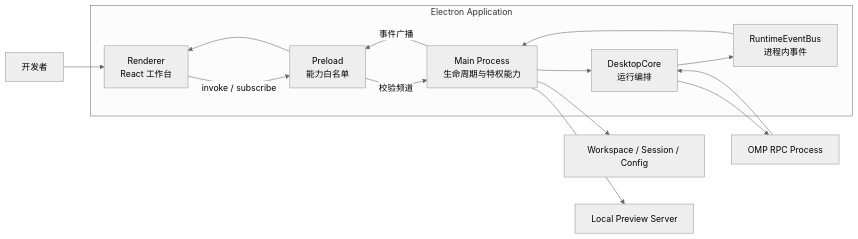
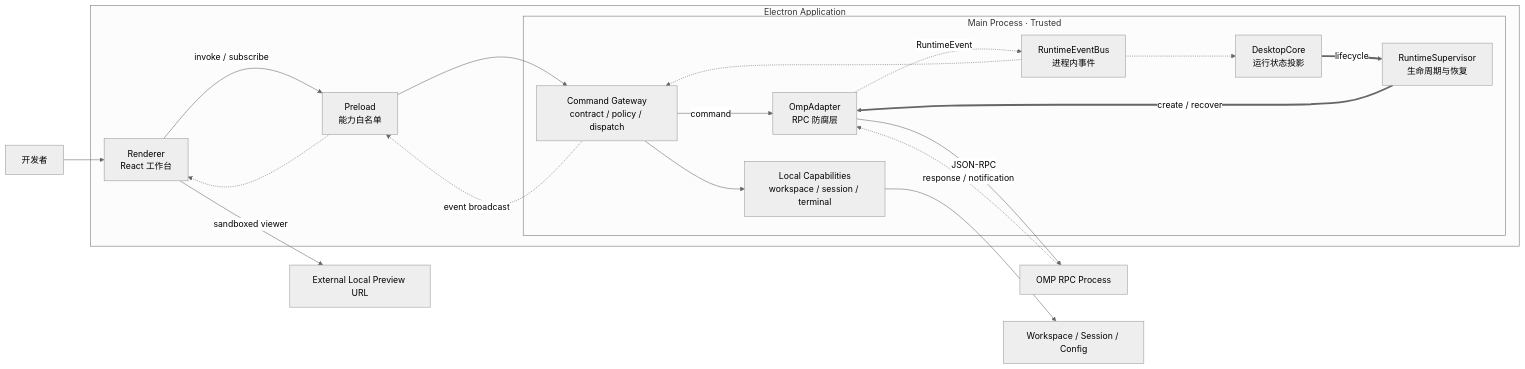
One commit to novvoo/mastery changed the fourth of 16 diagrams in docs/architecture.md. Above: the diagram before and after it, drawn with Mermaid (neutral theme). The commit also changed other lines of this file and 17 other files, not shown here.

Commit message:
Align desktop architecture and message turns

````diff
--- a/docs/architecture.md
+++ b/docs/architecture.md
@@ -161,29 +163,38 @@
 ```mermaid
 flowchart LR
   User["开发者"]
 
   subgraph Desktop["Electron Application"]
-    Main["Main Process<br/>生命周期与特权能力"]
+    Renderer["Renderer<br/>React 工作台"]
     Preload["Preload<br/>能力白名单"]
-    Renderer["Renderer<br/>React 工作台"]
-    Core["DesktopCore<br/>运行编排"]
-    Bus["RuntimeEventBus<br/>进程内事件"]
+
+    subgraph Main["Main Process · Trusted"]
+      Gateway["Command Gateway<br/>contract / policy / dispatch"]
+      Core["DesktopCore<br/>运行状态投影"]
+      Supervisor["RuntimeSupervisor<br/>生命周期与恢复"]
+      Adapter["OmpAdapter<br/>RPC 防腐层"]
+      Bus["RuntimeEventBus<br/>进程内事件"]
+      Capabilities["Local Capabilities<br/>workspace / session / terminal"]
+    end
   end
 
   OMP["OMP RPC Process"]
   FS["Workspace / Session / Config"]
-  Preview["Local Preview Server"]
+  Preview["External Local Preview URL"]
 
   User --> Renderer
   Renderer -->|"invoke / subscribe"| Preload
-  Preload -->|"校验频道"| Main
-  Main --> Core
-  Core --> OMP
-  OMP --> Core
-  Core --> Bus
-  Bus --> Main
-  Main -->|"事件广播"| Preload
-  Preload --> Renderer
-  Main --> FS
-  Main --> Preview
+  Preload --> Gateway
+  Gateway -->|"command"| Adapter
+  Core ==>|"lifecycle"| Supervisor
+  Supervisor ==>|"create / recover"| Adapter
+  Adapter -->|"JSON-RPC"| OMP
+  OMP -.->|"response / notification"| Adapter
+  Adapter -.->|"RuntimeEvent"| Bus
+  Bus -.-> Core
+  Bus -.-> Gateway
+  Gateway -.->|"event broadcast"| Preload
+  Preload -.-> Renderer
+  Gateway --> Capabilities --> FS
+  Renderer -->|"sandboxed viewer"| Preview
 ```
````
